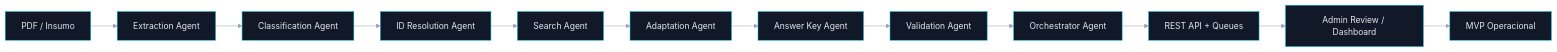
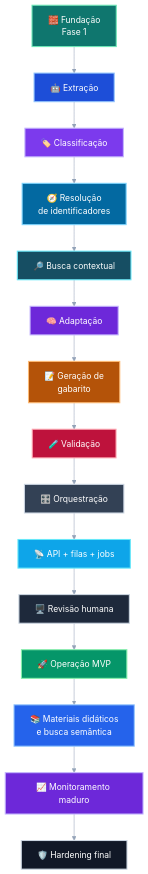
Before and after one commit to matheusdiamantino-betalent/IA: the sixth of 8 diagrams in README.md, drawn with Mermaid. The commit also changed other lines of this file, not shown here.

````diff
--- a/README.md
+++ b/README.md
@@ -942,28 +735,47 @@
 ```mermaid
 %%{init: {
   "theme": "base",
   "themeVariables": {
-    "background": "#050816",
-    "primaryColor": "#111827",
-    "primaryTextColor": "#e5e7eb",
-    "primaryBorderColor": "#06b6d4",
-    "secondaryColor": "#0f172a",
-    "secondaryTextColor": "#e5e7eb",
-    "tertiaryColor": "#111827",
-    "tertiaryTextColor": "#e5e7eb",
+    "background": "#06121f",
+    "primaryColor": "#0f172a",
+    "primaryTextColor": "#e5eefb",
+    "primaryBorderColor": "#f59e0b",
+    "secondaryColor": "#111827",
+    "secondaryTextColor": "#e5eefb",
+    "tertiaryColor": "#0b1220",
+    "tertiaryTextColor": "#e5eefb",
     "lineColor": "#94a3b8"
   }
 }}%%
-flowchart LR
-    A["PDF / Insumo"] --> B["Extraction Agent"]
-    B --> C["Classification Agent"]
-    C --> D["ID Resolution Agent"]
-    D --> E["Search Agent"]
-    E --> F["Adaptation Agent"]
-    F --> G["Answer Key Agent"]
-    G --> H["Validation Agent"]
-    H --> I["Orchestrator Agent"]
-    I --> J["REST API + Queues"]
-    J --> K["Admin Review / Dashboard"]
-    K --> L["MVP Operacional"]
+flowchart TD
+    START["🧱 Fundação\nFase 1"] --> A["🤖 Extração"]
+    A --> B["🏷️ Classificação"]
+    B --> C["🧭 Resolução\nde identificadores"]
+    C --> D["🔎 Busca contextual"]
+    D --> E["🧠 Adaptação"]
+    E --> F["📝 Geração de\ngabarito"]
+    F --> G["🧪 Validação"]
+    G --> H["🎛️ Orquestração"]
+    H --> I["📡 API + filas + jobs"]
+    I --> J["🖥️ Revisão humana"]
+    J --> K["🚀 Operação MVP"]
+    K --> L["📚 Materiais didáticos\ne busca semântica"]
+    L --> M["📈 Monitoramento maduro"]
+    M --> N["🛡️ Hardening final"]
+
+    style START fill:#0f766e,stroke:#6ee7b7,stroke-width:2px,color:#ffffff
+    style A fill:#1d4ed8,stroke:#93c5fd,stroke-width:2px,color:#ffffff
+    style B fill:#7c3aed,stroke:#c4b5fd,stroke-width:2px,color:#ffffff
+    style C fill:#0369a1,stroke:#7dd3fc,stroke-width:2px,color:#ffffff
+    style D fill:#164e63,stroke:#67e8f9,stroke-width:2px,color:#ffffff
+    style E fill:#6d28d9,stroke:#c4b5fd,stroke-width:2px,color:#ffffff
+    style F fill:#b45309,stroke:#fdba74,stroke-width:2px,color:#ffffff
+    style G fill:#be123c,stroke:#fda4af,stroke-width:2px,color:#ffffff
+    style H fill:#334155,stroke:#cbd5e1,stroke-width:2px,color:#ffffff
+    style I fill:#0ea5e9,stroke:#67e8f9,stroke-width:2px,color:#ffffff
+    style J fill:#1e293b,stroke:#cbd5e1,stroke-width:2px,color:#ffffff
+    style K fill:#059669,stroke:#86efac,stroke-width:2px,color:#ffffff
+    style L fill:#2563eb,stroke:#93c5fd,stroke-width:2px,color:#ffffff
+    style M fill:#6d28d9,stroke:#c4b5fd,stroke-width:2px,color:#ffffff
+    style N fill:#111827,stroke:#cbd5e1,stroke-width:2px,color:#ffffff
 ```
````
